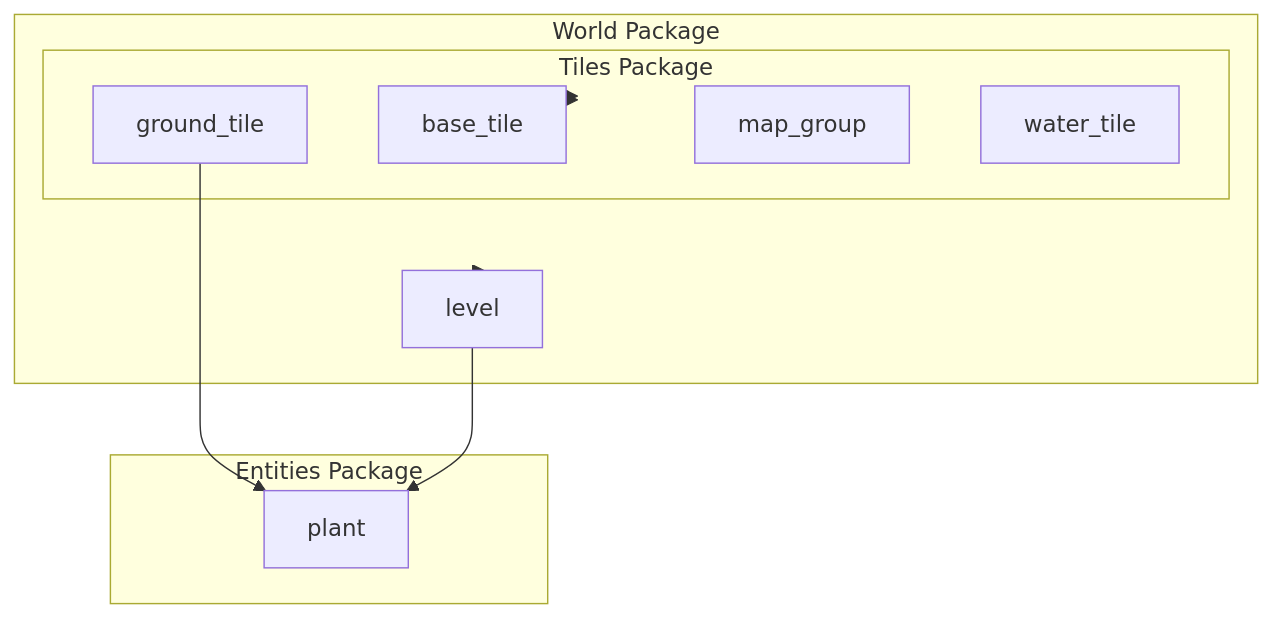
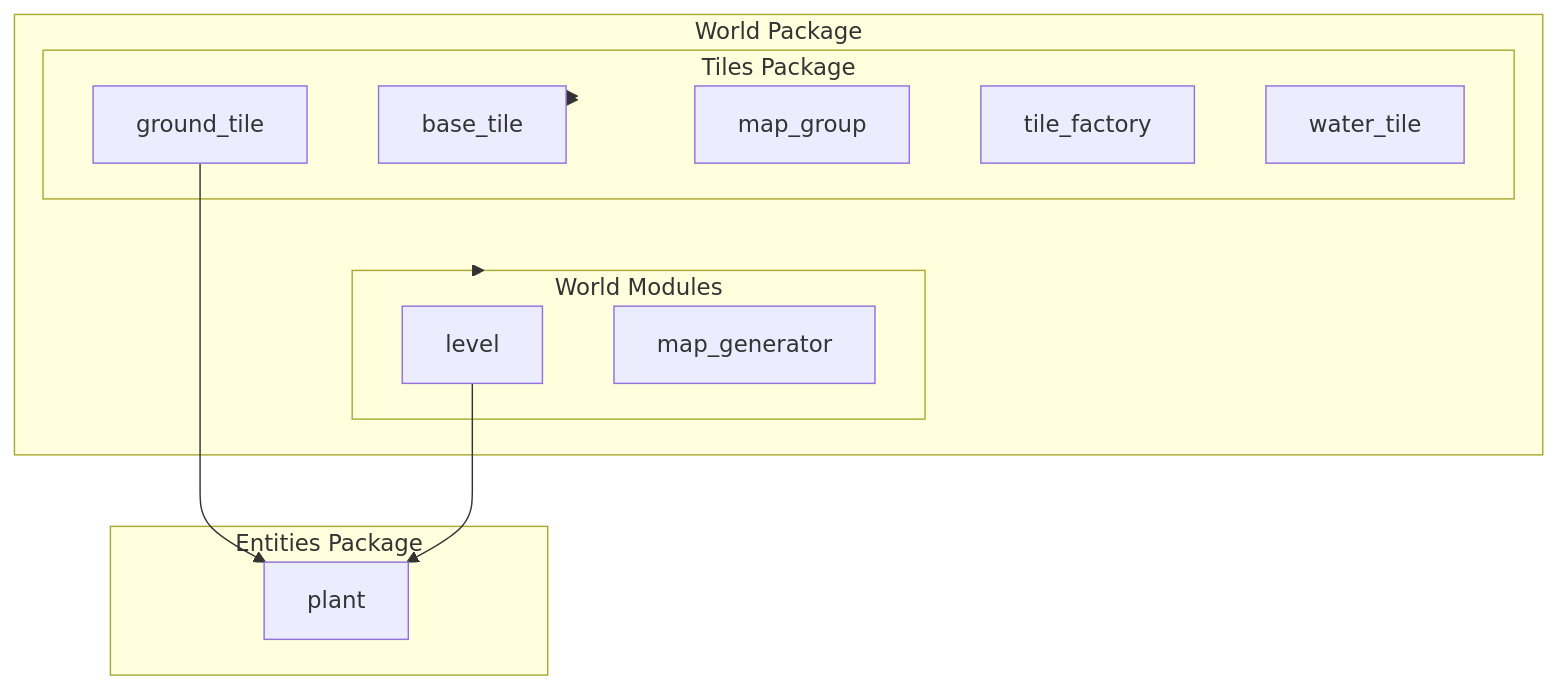
Before and after one commit to FlamboyantKiwi/Python-Plant-Sim: the diagram in diagrams/packages/package_world.mmd, drawn with Mermaid. The commit also changed 15 other files, not shown here.

First line of the commit message:
Add project tooling and UML generation

```diff
--- a/diagrams/packages/package_world.mmd
+++ b/diagrams/packages/package_world.mmd
@@ -1,22 +1,26 @@
 flowchart TB
     direction TB
 
     subgraph world [World Package]
-        level
+        subgraph world_files [World Modules]
+            level
+            map_generator
+        end
         subgraph tiles [Tiles Package]
             base_tile
             ground_tile
             map_group
+            tile_factory
             water_tile
         end
     end
     subgraph entities [Entities Package]
         plant
     end
 
     %% Structural & Dependency Links
-    world --> level
     world --> tiles
     world --> tiles
+    world --> world_files
     ground_tile --> plant
     level --> plant
```
